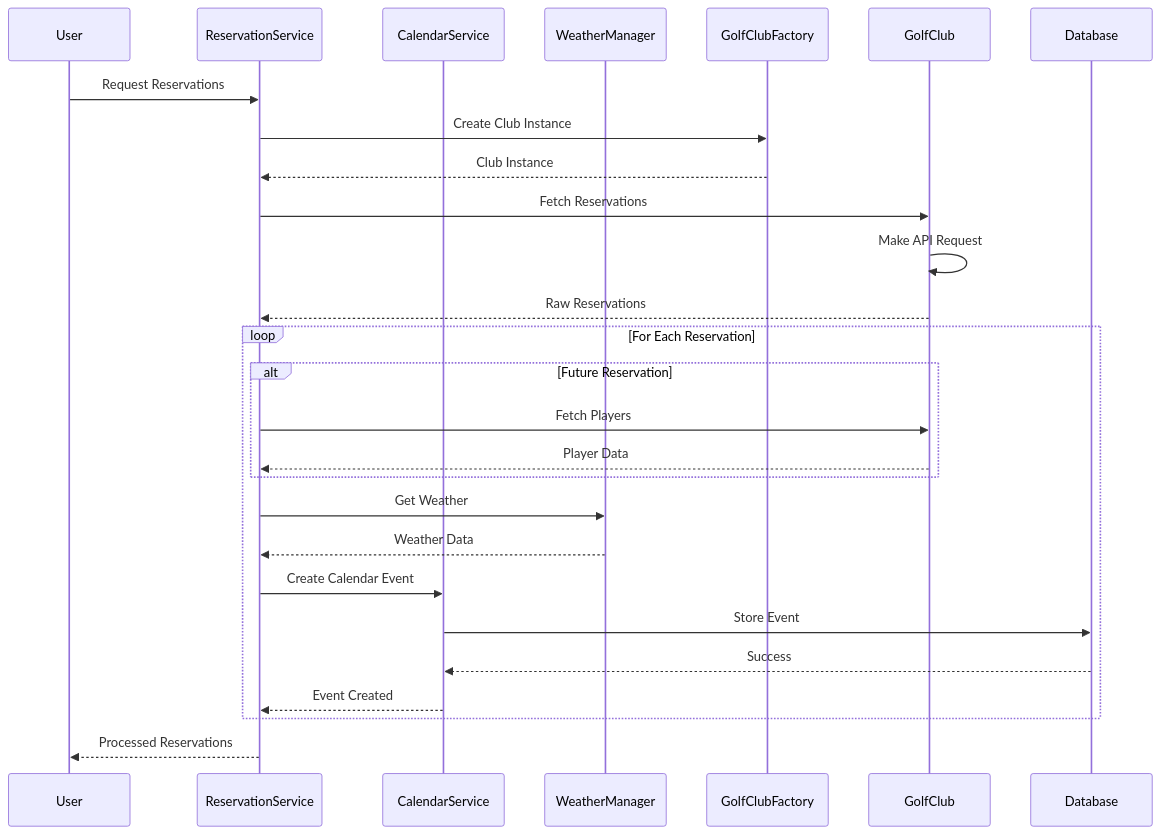
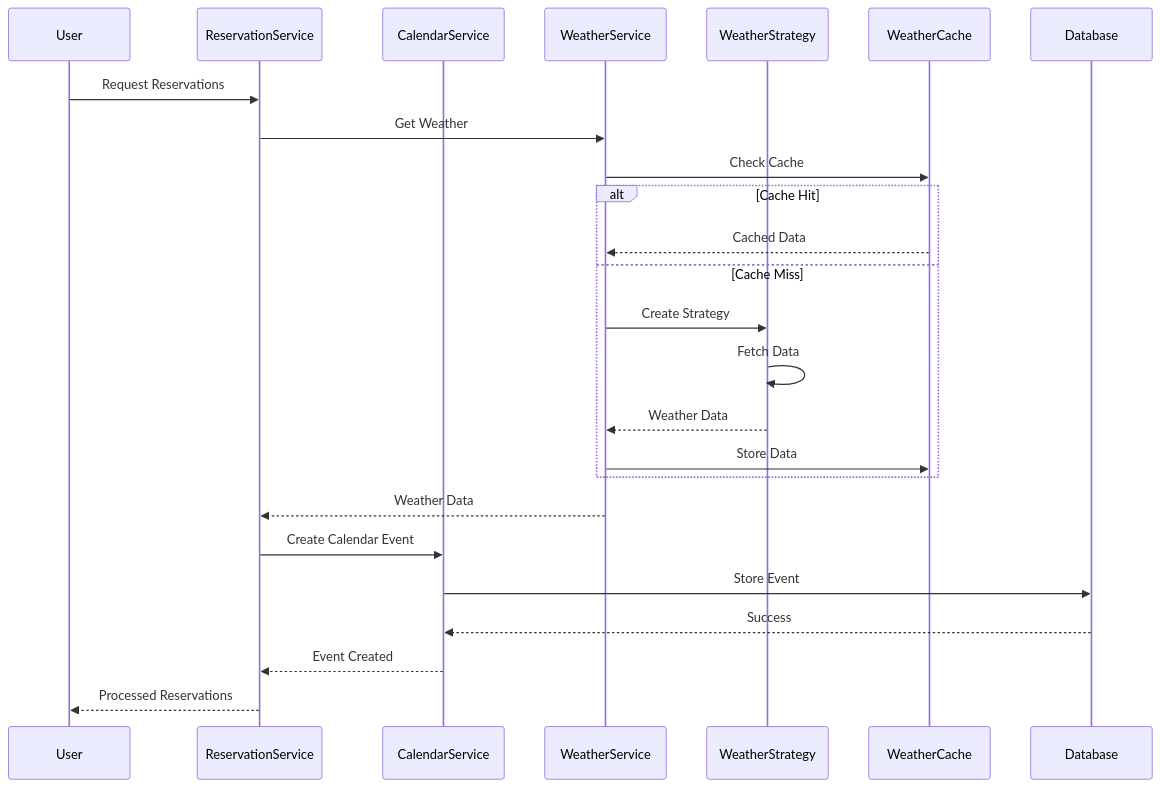
Before and after one commit to nasula/golfcal2: the fourth of 4 diagrams in docs/architecture/services.md, drawn with Mermaid. The commit also changed other lines of this file and 16 other files, not shown here.

First line of the commit message:
Refactor weather service documentation with strategy pattern and improved provider implementations

````diff
--- a/docs/architecture/services.md
+++ b/docs/architecture/services.md
@@ -136,32 +151,28 @@
 ```mermaid
 sequenceDiagram
     participant User
     participant RS as ReservationService
     participant CS as CalendarService
-    participant WM as WeatherManager
-    participant GCF as GolfClubFactory
-    participant GC as GolfClub
+    participant WS as WeatherService
+    participant Strat as WeatherStrategy
+    participant Cache as WeatherCache
     participant DB as Database
 
     User->>RS: Request Reservations
-    RS->>GCF: Create Club Instance
-    GCF-->>RS: Club Instance
-    RS->>GC: Fetch Reservations
-    GC->>GC: Make API Request
-    GC-->>RS: Raw Reservations
-    
-    loop For Each Reservation
-        alt Future Reservation
-            RS->>GC: Fetch Players
-            GC-->>RS: Player Data
-        end
-        RS->>WM: Get Weather
-        WM-->>RS: Weather Data
-        RS->>CS: Create Calendar Event
-        CS->>DB: Store Event
-        DB-->>CS: Success
-        CS-->>RS: Event Created
+    RS->>WS: Get Weather
+    WS->>Cache: Check Cache
+    alt Cache Hit
+        Cache-->>WS: Cached Data
+    else Cache Miss
+        WS->>Strat: Create Strategy
+        Strat->>Strat: Fetch Data
+        Strat-->>WS: Weather Data
+        WS->>Cache: Store Data
     end
-    
+    WS-->>RS: Weather Data
+    RS->>CS: Create Calendar Event
+    CS->>DB: Store Event
+    DB-->>CS: Success
+    CS-->>RS: Event Created
     RS-->>User: Processed Reservations
 ```
````
